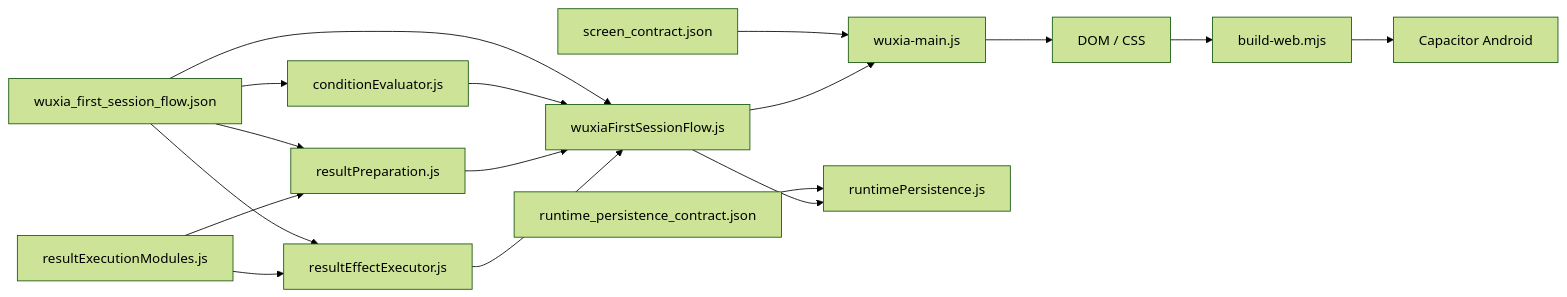
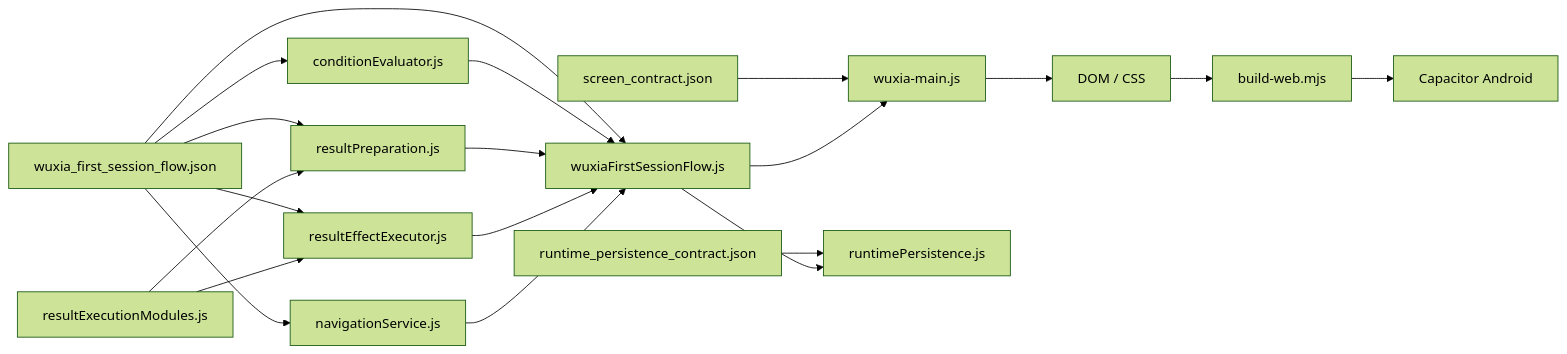
The first of 2 diagrams in docs/codex_game_development_os/SYSTEM_ARCHITECTURE.md (hjklmn314/idlewuxia), drawn with Mermaid (forest theme) before and after one commit. The commit also changed other lines of this file and 20 other files, not shown here.

Commit message:
refactor(runtime): extract navigation service

````diff
--- a/docs/codex_game_development_os/SYSTEM_ARCHITECTURE.md
+++ b/docs/codex_game_development_os/SYSTEM_ARCHITECTURE.md
@@ -14,19 +14,21 @@
 ```mermaid
 flowchart LR
     A["wuxia_first_session_flow.json"] --> B["wuxiaFirstSessionFlow.js"]
     C["screen_contract.json"] --> D["wuxia-main.js"]
     E["runtime_persistence_contract.json"] --> F["runtimePersistence.js"]
     A --> K["conditionEvaluator.js"]
     A --> L["resultPreparation.js"]
     A --> M["resultEffectExecutor.js"]
+    A --> N["navigationService.js"]
     K --> B
     L --> B
     M --> B
+    N --> B
     B --> D
     D --> G["DOM / CSS"]
     B --> F
     H["resultExecutionModules.js"] --> L
     H --> M
     G --> I["build-web.mjs"]
     I --> J["Capacitor Android"]
 ```
````
